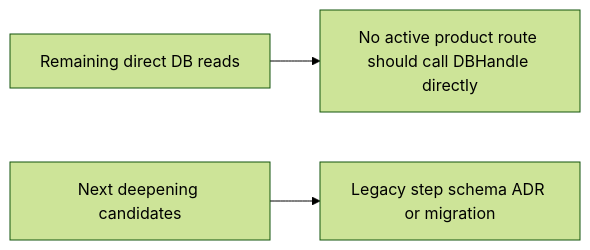
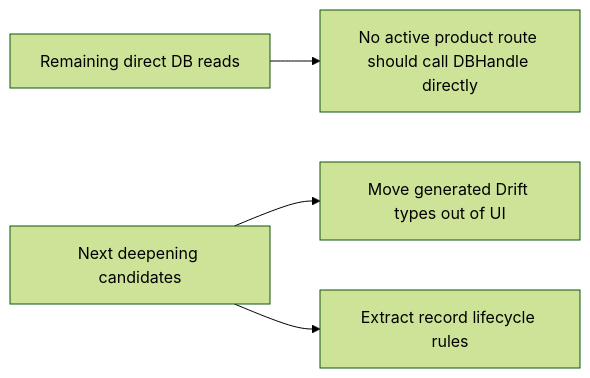
One commit to Guoyuer/eventTracker changed the fifth of 5 diagrams in docs/architecture/module-flow.md. Above: the diagram before and after it, drawn with Mermaid (forest theme). The commit also changed other lines of this file and 10 other files, not shown here.

Commit message:
Retire legacy step schema

````diff
--- a/docs/architecture/module-flow.md
+++ b/docs/architecture/module-flow.md
@@ -86,8 +106,9 @@
 ```mermaid
 flowchart LR
   DirectDB["Remaining direct DB reads"]
   DirectDB --> Settings["No active product route should call DBHandle directly"]
 
   Next["Next deepening candidates"]
-  Next --> LegacyStepSchema["Legacy step schema ADR or migration"]
+  Next --> ReadModels["Move generated Drift types out of UI"]
+  Next --> Lifecycle["Extract record lifecycle rules"]
 ```
````
